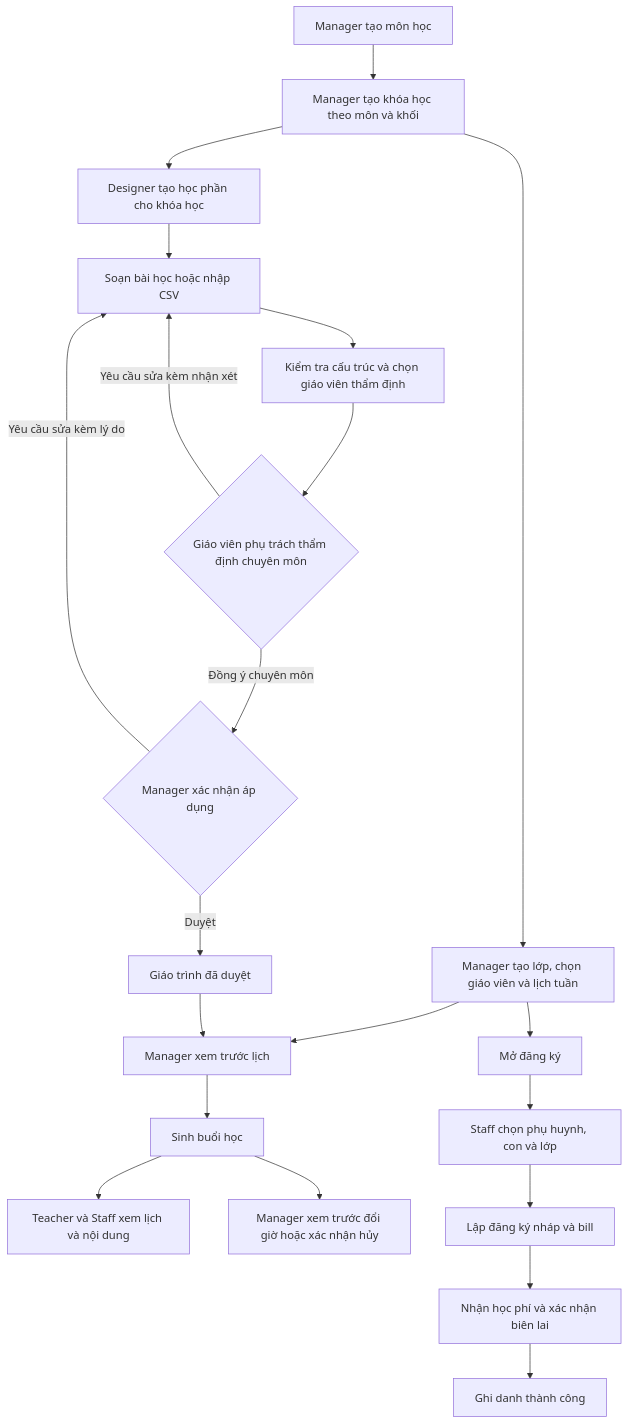
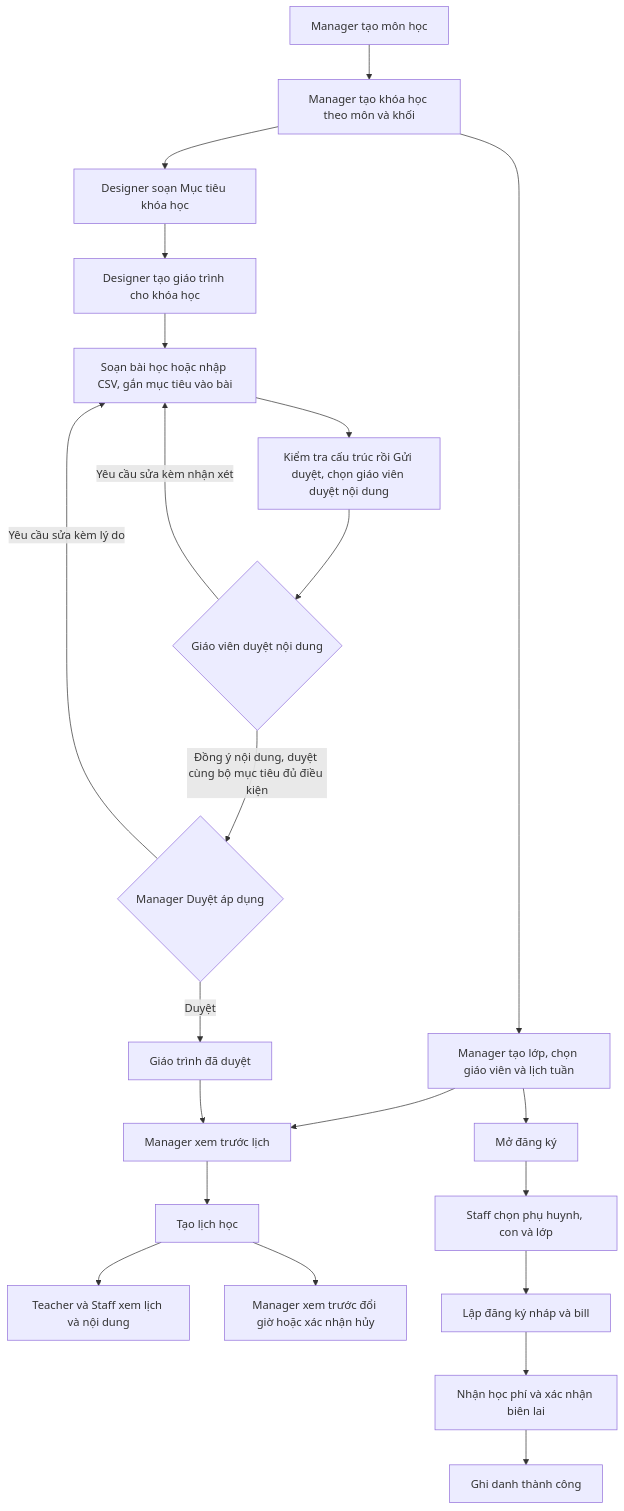
Before and after one commit to WDP301-SE1921/WDP301-FE-System: the diagram in docs/ACADEMIC_USER_FLOW.md, drawn with Mermaid. The commit also changed other lines of this file and 23 other files, not shown here.

````diff
--- a/docs/ACADEMIC_USER_FLOW.md
+++ b/docs/ACADEMIC_USER_FLOW.md
@@ -9,23 +9,24 @@
 ```mermaid
 flowchart TD
     A[Manager tạo môn học] --> B[Manager tạo khóa học theo môn và khối]
     B --> C[Manager tạo lớp, chọn giáo viên và lịch tuần]
-    B --> D[Designer tạo học phần cho khóa học]
-    D --> E[Soạn bài học hoặc nhập CSV]
-    E --> F[Kiểm tra cấu trúc và chọn giáo viên thẩm định]
-    F --> R{Giáo viên phụ trách thẩm định chuyên môn}
+    B --> B1[Designer soạn Mục tiêu khóa học]
+    B1 --> D[Designer tạo giáo trình cho khóa học]
+    D --> E[Soạn bài học hoặc nhập CSV, gắn mục tiêu vào bài]
+    E --> F[Kiểm tra cấu trúc rồi Gửi duyệt, chọn giáo viên duyệt nội dung]
+    F --> R{Giáo viên duyệt nội dung}
     R -->|Yêu cầu sửa kèm nhận xét| E
-    R -->|Đồng ý chuyên môn| G{Manager xác nhận áp dụng}
+    R -->|Đồng ý nội dung, duyệt cùng bộ mục tiêu đủ điều kiện| G{Manager Duyệt áp dụng}
     G -->|Yêu cầu sửa kèm lý do| E
     G -->|Duyệt| H[Giáo trình đã duyệt]
     C --> I[Manager xem trước lịch]
     H --> I
-    I --> J[Sinh buổi học]
+    I --> J[Tạo lịch học]
     J --> K[Teacher và Staff xem lịch và nội dung]
     J --> L[Manager xem trước đổi giờ hoặc xác nhận hủy]
     C --> M[Mở đăng ký]
     M --> N[Staff chọn phụ huynh, con và lớp]
     N --> O[Lập đăng ký nháp và bill]
     O --> P[Nhận học phí và xác nhận biên lai]
     P --> Q[Ghi danh thành công]
 ```
````
